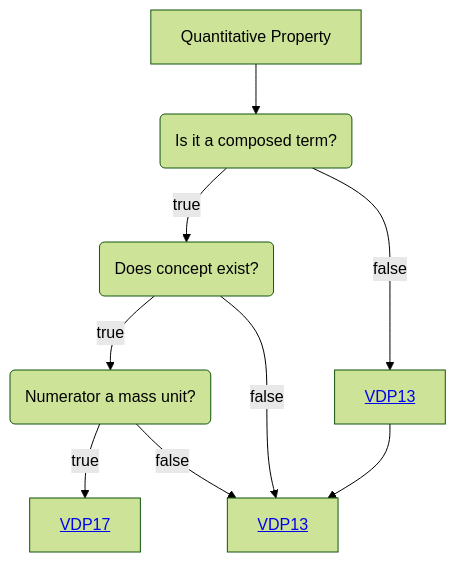
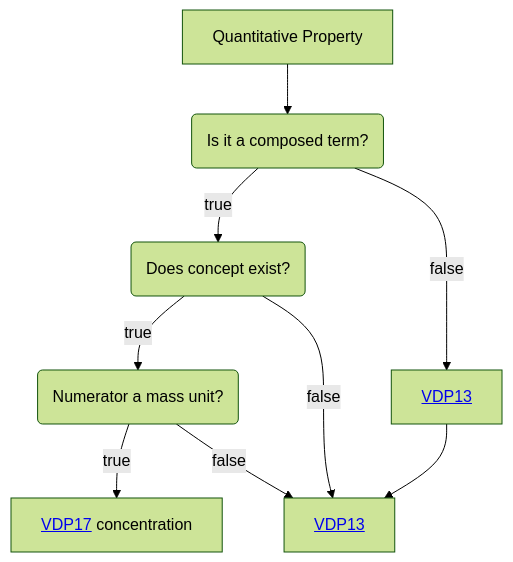
One commit to mabablue/I-ADOPT-patterns-playground changed the diagram in Decisition_trees/DT1.mmd. Above: the diagram before and after it, drawn with Mermaid (forest theme).

```diff
--- a/Decisition_trees/DT1.mmd
+++ b/Decisition_trees/DT1.mmd
@@ -1,9 +1,9 @@
 flowchart TD
     A[Quantitative Property] --> B(Is it a composed term?)
     B --> |true|E(Does concept exist?)
     B --> |false|D[<a href='https://github.com/mabablue/I-ADOPT-patterns-playground/blob/main/pattern/VDP13.yaml'>VDP13</a>]
     E -->|true|F(Numerator a mass unit?)
     E --> |false|I
-    F --> |true|H[<a href='https://github.com/mabablue/I-ADOPT-patterns-playground/blob/main/pattern/VDP13.yaml'>VDP17</a>]
+    F --> |true|H[<a href='https://github.com/mabablue/I-ADOPT-patterns-playground/blob/main/pattern/VDP13.yaml'>VDP17</a> concentration]
     D --> I[<a href='https://github.com/mabablue/I-ADOPT-patterns-playground/blob/main/pattern/VDP13.yaml'>VDP13</a>]
     F --> |false|I
```
